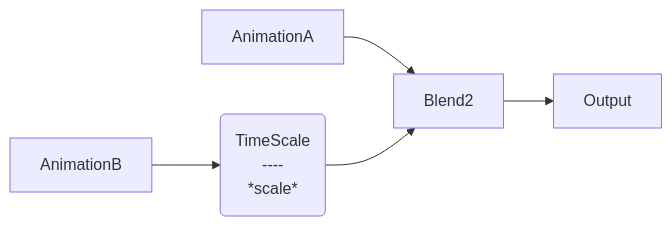
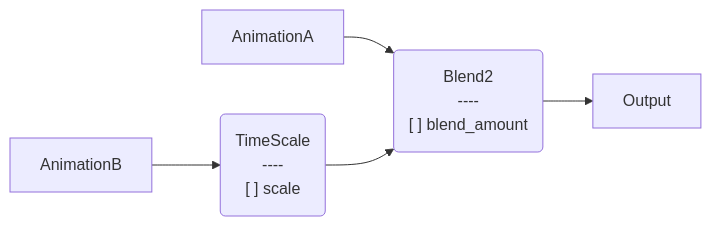
The first of 6 diagrams in doc/design.md (martinfelis/blendalot), drawn with Mermaid before and after one commit. The commit also changed other lines of this file, not shown here.

````diff
--- a/doc/design.md
+++ b/doc/design.md
@@ -82,9 +82,11 @@
 ```mermaid
 flowchart LR
     AnimationB --> TimeScale("TimeScale
     ----
-*scale*")
-AnimationA --> Blend2
+[ ] scale")
+AnimationA --> Blend2("Blend2
+----
+[ ] blend_amount")
 TimeScale --> Blend2
 Blend2 --> Output
 ```
````
